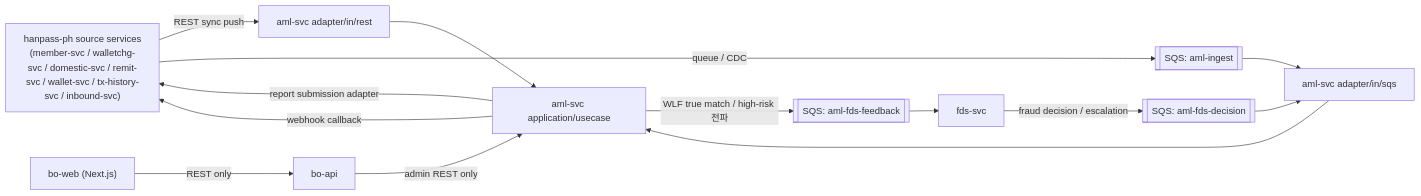
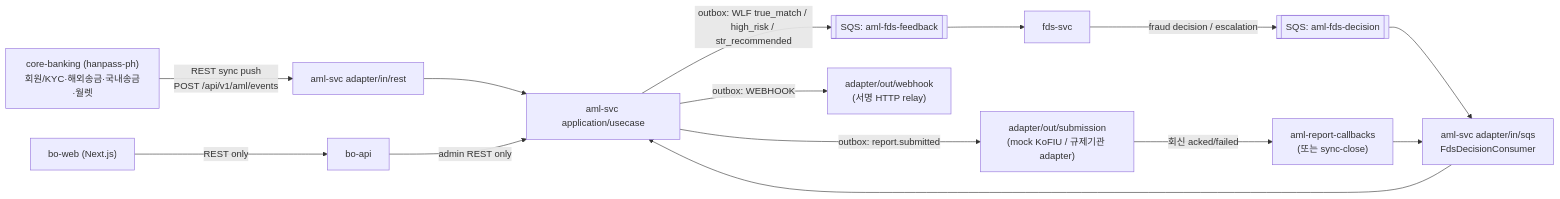
The first of 8 diagrams in docs/design/integration/02-aml-integration.md (smkim89/aml-system-docs), drawn with Mermaid before and after one commit. The commit also changed other lines of this file and 11 other files, not shown here.

First line of the commit message:
docs: aml-system-docs 전체 hanpass-ph 기준 재정합

````diff
--- a/docs/design/integration/02-aml-integration.md
+++ b/docs/design/integration/02-aml-integration.md
@@ -33,17 +37,17 @@
 ```mermaid
 flowchart LR
-    Ext["hanpass-ph source services<br/>(member-svc / walletchg-svc / domestic-svc / remit-svc / wallet-svc / tx-history-svc / inbound-svc)"]
-    Ext -->|REST sync push| AMLIN["aml-svc adapter/in/rest"]
-    Ext -->|queue / CDC| SQSIN[["SQS: aml-ingest"]]
-    SQSIN --> AMLSQS["aml-svc adapter/in/sqs"]
+    CB["core-banking (hanpass-ph)<br/>회원/KYC·해외송금·국내송금·월렛"]
+    CB -->|REST sync push<br/>POST /api/v1/aml/events| AMLIN["aml-svc adapter/in/rest"]
+    AMLIN --> AMLAPP["aml-svc application/usecase"]
     FDS["fds-svc"] -->|fraud decision / escalation| SQSFDS[["SQS: aml-fds-decision"]]
-    SQSFDS --> AMLSQS
-    AMLSQS --> AMLAPP["aml-svc application/usecase"]
-    AMLIN --> AMLAPP
-    AMLAPP -->|WLF true match / high-risk 전파| SQSOUT[["SQS: aml-fds-feedback"]]
-    SQSOUT --> FDS
-    AMLAPP -->|report submission adapter| Ext
-    AMLAPP -->|webhook callback| Ext
+    SQSFDS --> AMLSQS["aml-svc adapter/in/sqs<br/>FdsDecisionConsumer"]
+    AMLSQS --> AMLAPP
+    AMLAPP -->|outbox: WLF true_match / high_risk / str_recommended| SQSFB[["SQS: aml-fds-feedback"]]
+    SQSFB --> FDS
+    AMLAPP -->|outbox: report.submitted| SUB["adapter/out/submission<br/>(mock KoFIU / 규제기관 adapter)"]
+    SUB -->|회신 acked/failed| CBQ["aml-report-callbacks<br/>(또는 sync-close)"]
+    CBQ --> AMLSQS
+    AMLAPP -->|outbox: WEBHOOK| WH["adapter/out/webhook<br/>(서명 HTTP relay)"]
     BOAPI["bo-api"] -->|admin REST only| AMLAPP
     BOWEB["bo-web (Next.js)"] -->|REST only| BOAPI
 ```
````
